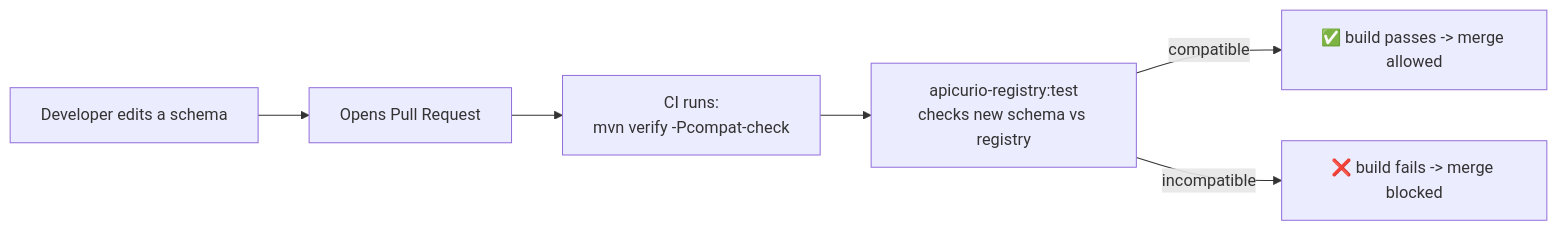
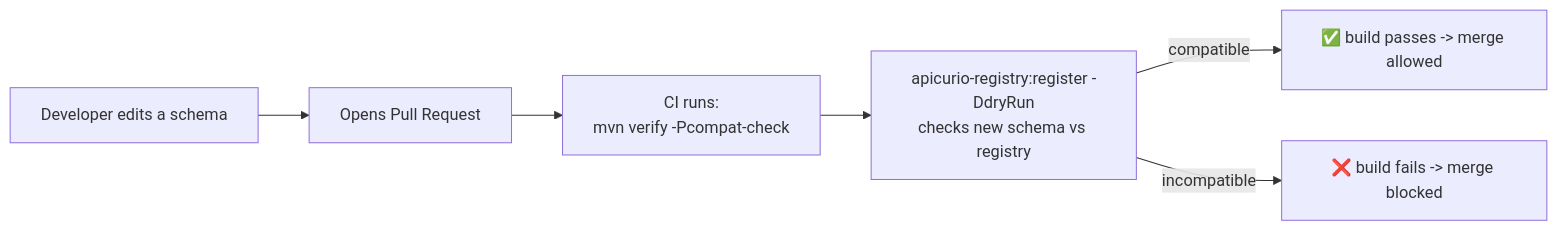
Before and after one commit to anarefin/schema-registry-demo: the seventh of 9 diagrams in docs/TECHNICAL-REPORT.md, drawn with Mermaid. The commit also changed other lines of this file and 29 other files, not shown here.

````diff
--- a/docs/TECHNICAL-REPORT.md
+++ b/docs/TECHNICAL-REPORT.md
@@ -430,8 +421,8 @@
 ```mermaid
 graph LR
     Dev["Developer edits a schema"] --> PR["Opens Pull Request"]
     PR --> CI["CI runs:<br/>mvn verify -Pcompat-check"]
-    CI --> Apicurio["apicurio-registry:test<br/>checks new schema vs registry"]
+    CI --> Apicurio["apicurio-registry:register -DdryRun<br/>checks new schema vs registry"]
     Apicurio -- "compatible" --> Pass["✅ build passes -> merge allowed"]
     Apicurio -- "incompatible" --> Fail["❌ build fails -> merge blocked"]
 ```
````
